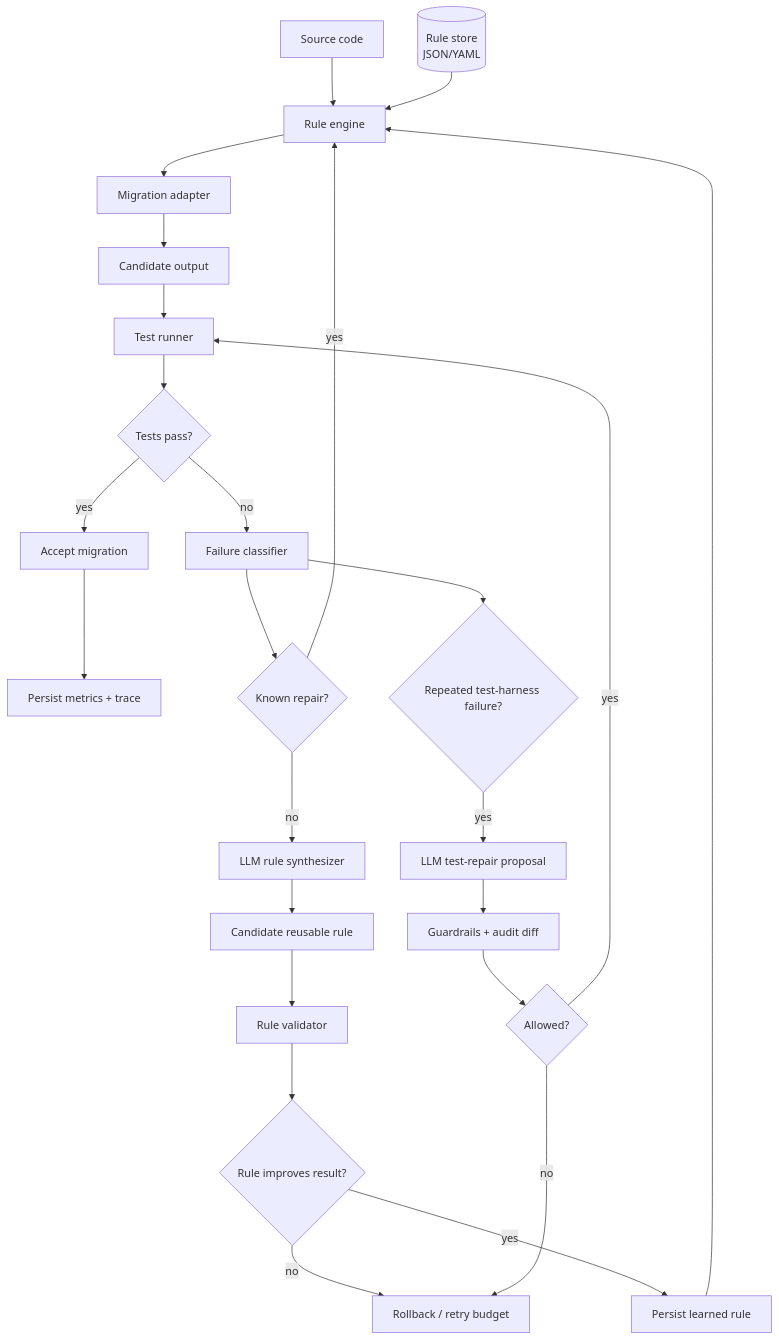
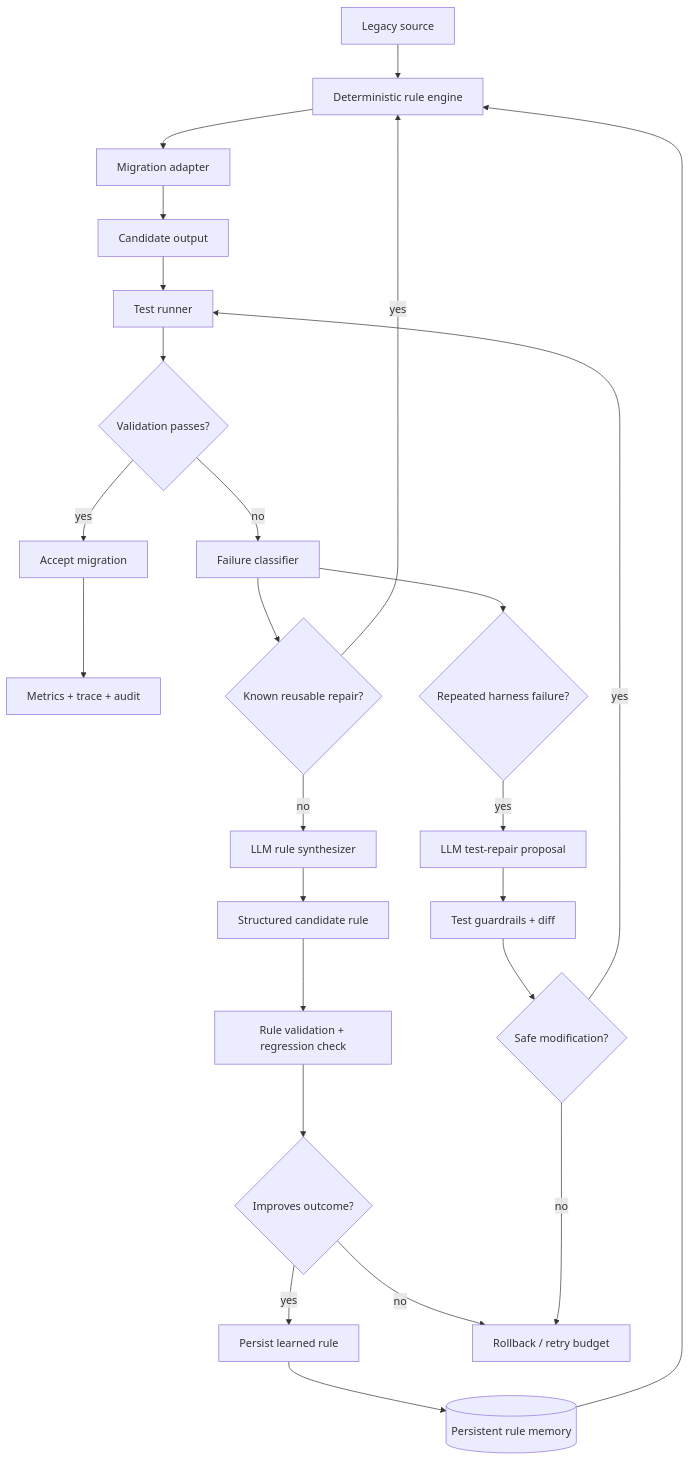
One commit to cagataykavas/agentic-migrator changed the first of 3 diagrams in README.md. Above: the diagram before and after it, drawn with Mermaid. The commit also changed other lines of this file, not shown here.

````diff
--- a/README.md
+++ b/README.md
@@ -20,30 +32,30 @@
 ```mermaid
 flowchart TD
-    A[Source code] --> B[Rule engine]
-    R[(Rule store\nJSON/YAML)] --> B
-    B --> C[Migration adapter]
-    C --> D[Candidate output]
-    D --> E[Test runner]
-    E --> F{Tests pass?}
+    SRC[Legacy source] --> RULES[Deterministic rule engine]
+    MEMORY[(Persistent rule memory)] --> RULES
+    RULES --> ADAPTER[Migration adapter]
+    ADAPTER --> CANDIDATE[Candidate output]
+    CANDIDATE --> TESTS[Test runner]
+    TESTS --> PASS{Validation passes?}
 
-    F -- yes --> G[Accept migration]
-    G --> H[Persist metrics + trace]
+    PASS -- yes --> ACCEPT[Accept migration]
+    ACCEPT --> METRICS[Metrics + trace + audit]
 
-    F -- no --> I[Failure classifier]
-    I --> J{Known repair?}
-    J -- yes --> B
-    J -- no --> K[LLM rule synthesizer]
-    K --> L[Candidate reusable rule]
-    L --> M[Rule validator]
-    M --> N{Rule improves result?}
-    N -- yes --> O[Persist learned rule]
-    O --> B
-    N -- no --> P[Rollback / retry budget]
+    PASS -- no --> CLASSIFY[Failure classifier]
+    CLASSIFY --> KNOWN{Known reusable repair?}
+    KNOWN -- yes --> RULES
+    KNOWN -- no --> LLM[LLM rule synthesizer]
+    LLM --> PROPOSAL[Structured candidate rule]
+    PROPOSAL --> VALIDATE[Rule validation + regression check]
+    VALIDATE --> BETTER{Improves outcome?}
+    BETTER -- yes --> LEARN[Persist learned rule]
+    LEARN --> MEMORY
+    BETTER -- no --> BUDGET[Rollback / retry budget]
 
-    I --> Q{Repeated test-harness failure?}
-    Q -- yes --> S[LLM test-repair proposal]
-    S --> T[Guardrails + audit diff]
-    T --> U{Allowed?}
-    U -- yes --> E
-    U -- no --> P
+    CLASSIFY --> REPEATED{Repeated harness failure?}
+    REPEATED -- yes --> TESTFIX[LLM test-repair proposal]
+    TESTFIX --> GUARD[Test guardrails + diff]
+    GUARD --> ALLOWED{Safe modification?}
+    ALLOWED -- yes --> TESTS
+    ALLOWED -- no --> BUDGET
 ```
````
